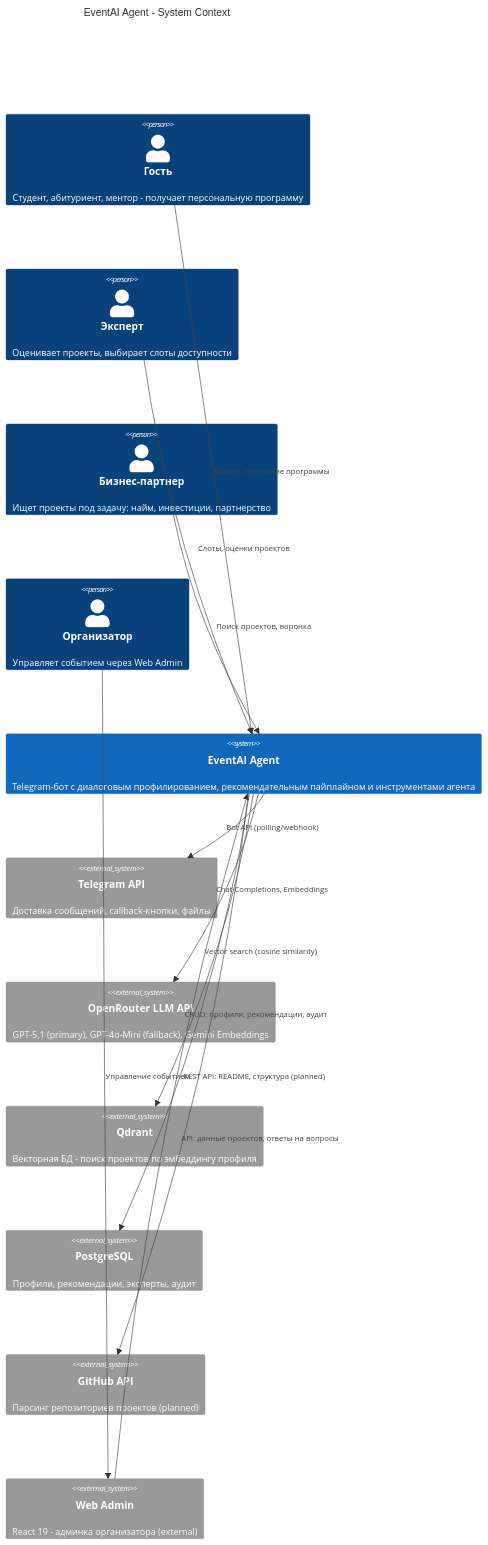
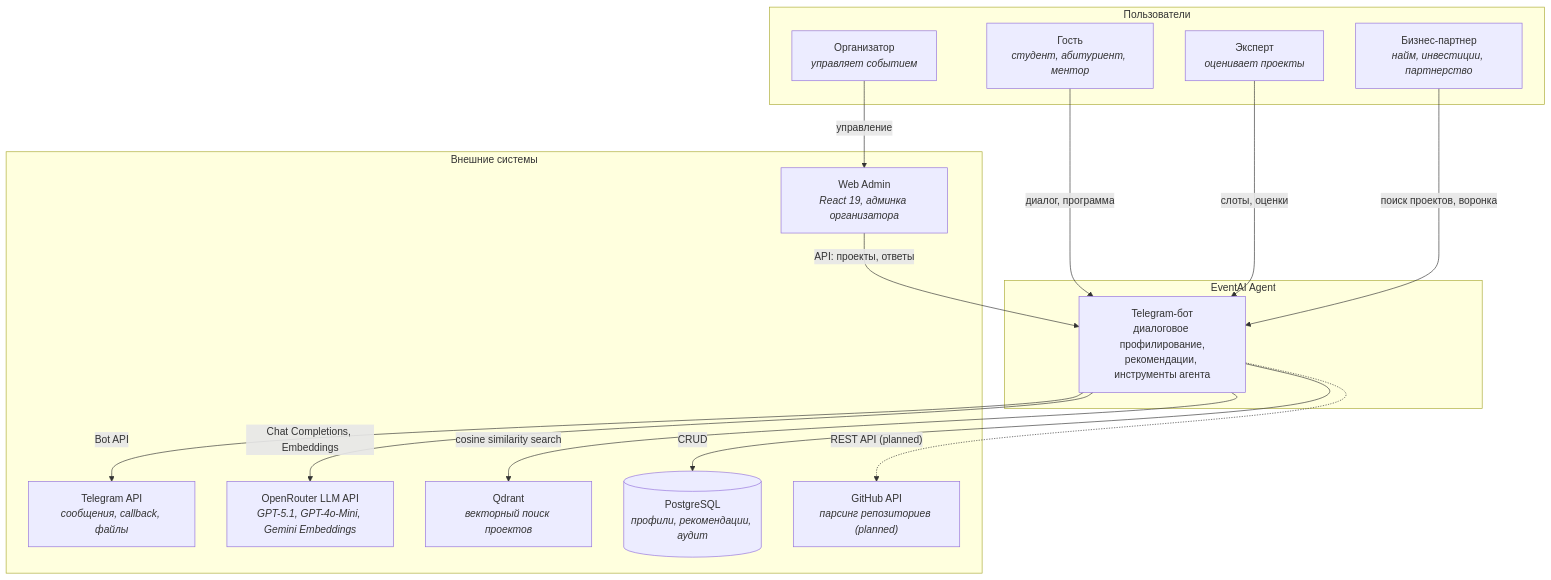
The diagram in docs/diagrams/c4-context.md (demoday-ai/eventai-agent), drawn with Mermaid before and after one commit. The commit also changed other lines of this file and 2 other files, not shown here.

Commit message:
docs: переписаны C4 диаграммы с C4Context/C4Container/C4Component на flowchart+subgraph

````diff
--- a/docs/diagrams/c4-context.md
+++ b/docs/diagrams/c4-context.md
@@ -5,32 +5,34 @@
 ```mermaid
-C4Context
-    title EventAI Agent - System Context
+flowchart TB
+    subgraph Users["Пользователи"]
+        guest["Гость<br/><i>студент, абитуриент, ментор</i>"]
+        expert["Эксперт<br/><i>оценивает проекты</i>"]
+        business["Бизнес-партнер<br/><i>найм, инвестиции, партнерство</i>"]
+        organizer["Организатор<br/><i>управляет событием</i>"]
+    end
 
-    Person(guest, "Гость", "Студент, абитуриент, ментор - получает персональную программу")
-    Person(expert, "Эксперт", "Оценивает проекты, выбирает слоты доступности")
-    Person(business, "Бизнес-партнер", "Ищет проекты под задачу: найм, инвестиции, партнерство")
-    Person(organizer, "Организатор", "Управляет событием через Web Admin")
+    subgraph System["EventAI Agent"]
+        agent["Telegram-бот<br/>диалоговое профилирование,<br/>рекомендации, инструменты агента"]
+    end
 
-    System(agent, "EventAI Agent", "Telegram-бот с диалоговым профилированием, рекомендательным пайплайном и инструментами агента")
+    subgraph External["Внешние системы"]
+        telegram["Telegram API<br/><i>сообщения, callback, файлы</i>"]
+        openrouter["OpenRouter LLM API<br/><i>GPT-5.1, GPT-4o-Mini, Gemini Embeddings</i>"]
+        qdrant["Qdrant<br/><i>векторный поиск проектов</i>"]
+        postgres[("PostgreSQL<br/><i>профили, рекомендации, аудит</i>")]
+        github_api["GitHub API<br/><i>парсинг репозиториев (planned)</i>"]
+        web_admin["Web Admin<br/><i>React 19, админка организатора</i>"]
+    end
 
-    System_Ext(telegram, "Telegram API", "Доставка сообщений, callback-кнопки, файлы")
-    System_Ext(openrouter, "OpenRouter LLM API", "GPT-5.1 (primary), GPT-4o-Mini (fallback), Gemini Embeddings")
-    System_Ext(qdrant, "Qdrant", "Векторная БД - поиск проектов по эмбеддингу профиля")
-    System_Ext(postgres, "PostgreSQL", "Профили, рекомендации, эксперты, аудит")
-    System_Ext(github_api, "GitHub API", "Парсинг репозиториев проектов (planned)")
-    System_Ext(web_admin, "Web Admin", "React 19 - админка организатора (external)")
+    guest -->|"диалог, программа"| agent
+    expert -->|"слоты, оценки"| agent
+    business -->|"поиск проектов, воронка"| agent
+    organizer -->|"управление"| web_admin
+    web_admin -->|"API: проекты, ответы"| agent
 
-    Rel(guest, agent, "Диалог, получение программы")
-    Rel(expert, agent, "Слоты, оценки проектов")
-    Rel(business, agent, "Поиск проектов, воронка")
-    Rel(organizer, web_admin, "Управление событием")
-    Rel(web_admin, agent, "API: данные проектов, ответы на вопросы")
-
-    Rel(agent, telegram, "Bot API (polling/webhook)")
-    Rel(agent, openrouter, "Chat Completions, Embeddings")
-    Rel(agent, qdrant, "Vector search (cosine similarity)")
-    Rel(agent, postgres, "CRUD: профили, рекомендации, аудит")
-    Rel(agent, github_api, "REST API: README, структура (planned)")
-
-    UpdateLayoutConfig($c4ShapeInRow="3", $c4BoundaryInRow="1")
+    agent -->|"Bot API"| telegram
+    agent -->|"Chat Completions, Embeddings"| openrouter
+    agent -->|"cosine similarity search"| qdrant
+    agent -->|"CRUD"| postgres
+    agent -.->|"REST API (planned)"| github_api
 ```
````
